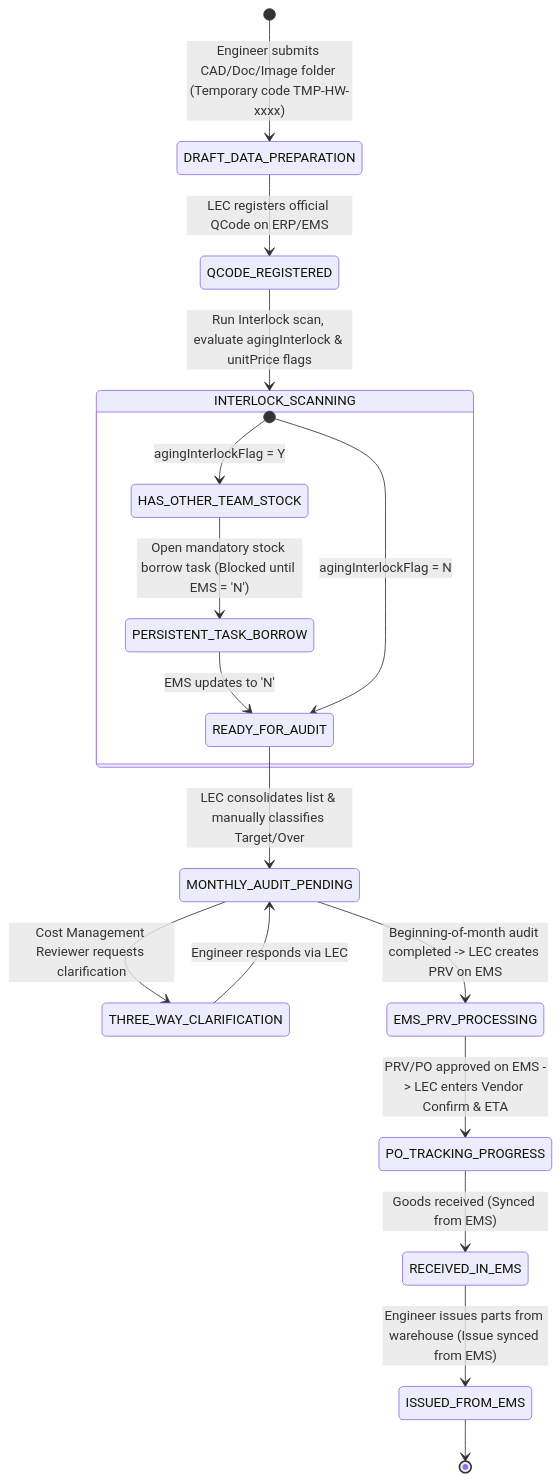
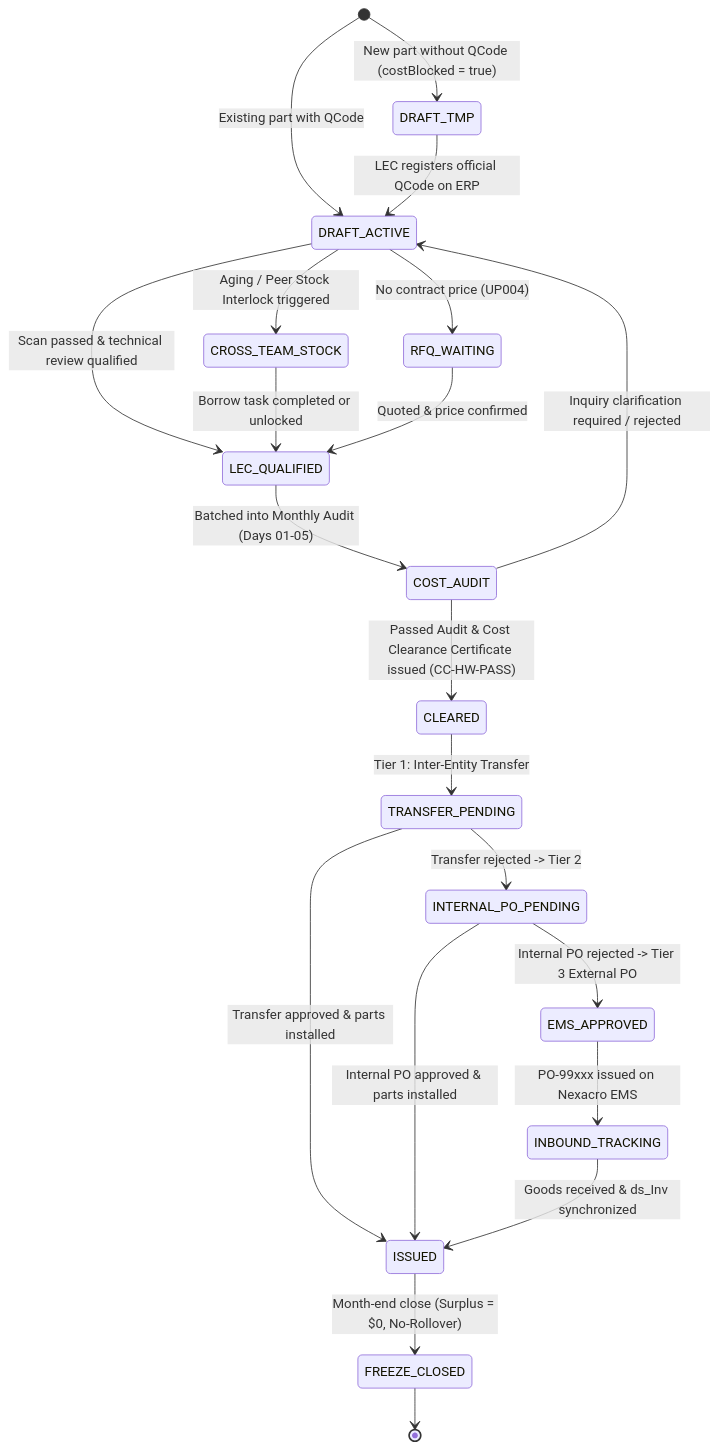
The second of 2 diagrams in procurement-system/06-process-workflows-and-diagrams/01-end-to-end-procurement-workflow.md (longphamduc-vn/ops-workflow), drawn with Mermaid before and after one commit. The commit also changed other lines of this file and 29 other files, not shown here.

````diff
--- a/procurement-system/06-process-workflows-and-diagrams/01-end-to-end-procurement-workflow.md
+++ b/procurement-system/06-process-workflows-and-diagrams/01-end-to-end-procurement-workflow.md
@@ -80,24 +114,30 @@
 ```mermaid
 stateDiagram-v2
-    [*] --> DRAFT_DATA_PREPARATION: Engineer submits CAD/Doc/Image folder (Temporary code TMP-HW-xxxx)
-    DRAFT_DATA_PREPARATION --> QCODE_REGISTERED: LEC registers official QCode on ERP/EMS
+    [*] --> DRAFT_TMP : New part without QCode (costBlocked = true)
+    [*] --> DRAFT_ACTIVE : Existing part with QCode
     
-    QCODE_REGISTERED --> INTERLOCK_SCANNING: Run Interlock scan, evaluate agingInterlock & unitPrice flags
+    DRAFT_TMP --> DRAFT_ACTIVE : LEC registers official QCode on ERP
+    DRAFT_ACTIVE --> CROSS_TEAM_STOCK : Aging / Peer Stock Interlock triggered
+    DRAFT_ACTIVE --> RFQ_WAITING : No contract price (UP004)
+    DRAFT_ACTIVE --> LEC_QUALIFIED : Scan passed & technical review qualified
     
-    state INTERLOCK_SCANNING {
-        [*] --> HAS_OTHER_TEAM_STOCK: agingInterlockFlag = Y
-        HAS_OTHER_TEAM_STOCK --> PERSISTENT_TASK_BORROW: Open mandatory stock borrow task (Blocked until EMS = 'N')
-        PERSISTENT_TASK_BORROW --> READY_FOR_AUDIT: EMS updates to 'N'
-        [*] --> READY_FOR_AUDIT: agingInterlockFlag = N
-    }
+    CROSS_TEAM_STOCK --> LEC_QUALIFIED : Borrow task completed or unlocked
+    RFQ_WAITING --> LEC_QUALIFIED : Quoted & price confirmed
     
-    READY_FOR_AUDIT --> MONTHLY_AUDIT_PENDING: LEC consolidates list & manually classifies Target/Over
-    MONTHLY_AUDIT_PENDING --> THREE_WAY_CLARIFICATION: Cost Management Reviewer requests clarification
-    THREE_WAY_CLARIFICATION --> MONTHLY_AUDIT_PENDING: Engineer responds via LEC
+    LEC_QUALIFIED --> COST_AUDIT : Batched into Monthly Audit (Days 01-05)
+    COST_AUDIT --> CLEARED : Passed Audit & Cost Clearance Certificate issued (CC-HW-PASS)
+    COST_AUDIT --> DRAFT_ACTIVE : Inquiry clarification required / rejected
     
-    MONTHLY_AUDIT_PENDING --> EMS_PRV_PROCESSING: Beginning-of-month audit completed -> LEC creates PRV on EMS
-    EMS_PRV_PROCESSING --> PO_TRACKING_PROGRESS: PRV/PO approved on EMS -> LEC enters Vendor Confirm & ETA
-    PO_TRACKING_PROGRESS --> RECEIVED_IN_EMS: Goods received (Synced from EMS)
-    RECEIVED_IN_EMS --> ISSUED_FROM_EMS: Engineer issues parts from warehouse (Issue synced from EMS)
-    ISSUED_FROM_EMS --> [*]
+    CLEARED --> TRANSFER_PENDING : Tier 1: Inter-Entity Transfer
+    TRANSFER_PENDING --> ISSUED : Transfer approved & parts installed
+    TRANSFER_PENDING --> INTERNAL_PO_PENDING : Transfer rejected -> Tier 2
+    
+    INTERNAL_PO_PENDING --> ISSUED : Internal PO approved & parts installed
+    INTERNAL_PO_PENDING --> EMS_APPROVED : Internal PO rejected -> Tier 3 External PO
+    
+    EMS_APPROVED --> INBOUND_TRACKING : PO-99xxx issued on Nexacro EMS
+    INBOUND_TRACKING --> ISSUED : Goods received & ds_Inv synchronized
+    
+    ISSUED --> FREEZE_CLOSED : Month-end close (Surplus = $0, No-Rollover)
+    FREEZE_CLOSED --> [*]
 ```
````
